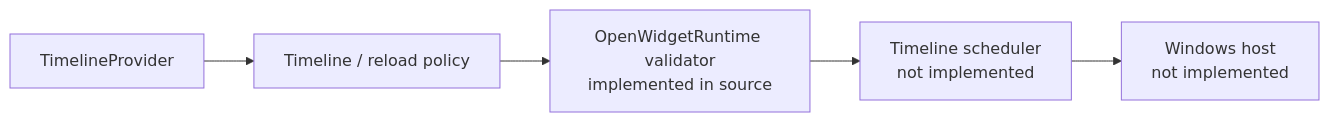
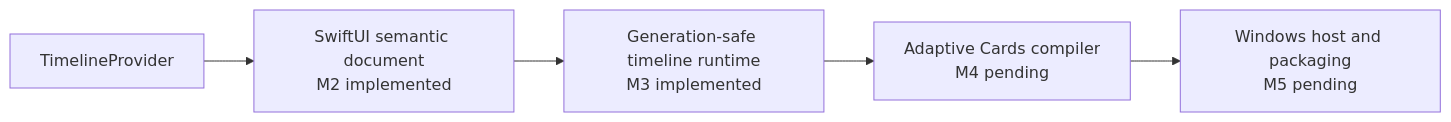
The first of 2 diagrams in README.md (1amageek/OpenWidgetKit), drawn with Mermaid before and after one commit. The commit also changed other lines of this file and 91 other files, not shown here.

Commit message:
Implement M2 SwiftUI semantics and M3 widget runtime

````diff
--- a/README.md
+++ b/README.md
@@ -46,7 +51,7 @@
 ```mermaid
 flowchart LR
-    Provider["TimelineProvider"] --> Values["Timeline / reload policy"]
-    Values --> Validator["OpenWidgetRuntime validator<br/>implemented in source"]
-    Validator --> Scheduler["Timeline scheduler<br/>not implemented"]
-    Scheduler --> Windows["Windows host<br/>not implemented"]
+    Provider["TimelineProvider"] --> Document["SwiftUI semantic document<br/>M2 implemented"]
+    Document --> Scheduler["Generation-safe timeline runtime<br/>M3 implemented"]
+    Scheduler --> Compiler["Adaptive Cards compiler<br/>M4 pending"]
+    Compiler --> Windows["Windows host and packaging<br/>M5 pending"]
 ```
````
